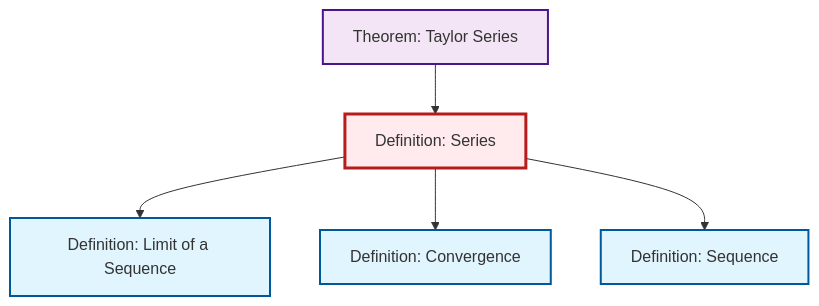
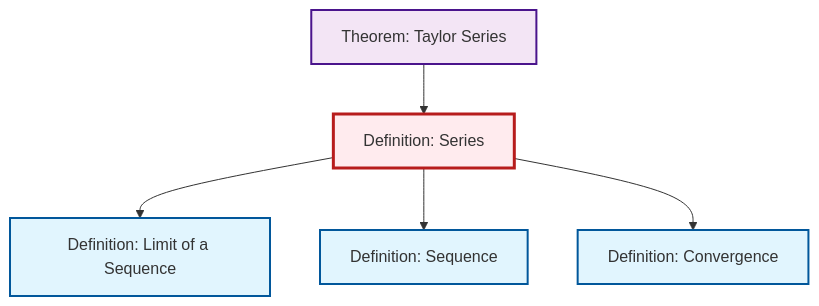
The diagram in content/ja/analysis/def-series.qmd (RK0429/ModernMath), drawn with Mermaid before and after one commit. The commit also changed other lines of this file and 10 other files, not shown here.

````diff
--- a/content/ja/analysis/def-series.qmd
+++ b/content/ja/analysis/def-series.qmd
@@ -91,23 +91,23 @@
 ```{mermaid}
 %%| fig-cap: "Local dependency graph"
 graph TD
     classDef definition fill:#e1f5fe,stroke:#01579b,stroke-width:2px
     classDef theorem fill:#f3e5f5,stroke:#4a148c,stroke-width:2px
     classDef axiom fill:#fff3e0,stroke:#e65100,stroke-width:2px
     classDef example fill:#e8f5e9,stroke:#1b5e20,stroke-width:2px
     classDef current fill:#ffebee,stroke:#b71c1c,stroke-width:3px
+    def-convergence["Definition: Convergence"]:::definition
+    thm-taylor-series["Theorem: Taylor Series"]:::theorem
+    def-series["Definition: Series"]:::definition
     def-sequence["Definition: Sequence"]:::definition
-    def-series["Definition: Series"]:::definition
-    thm-taylor-series["Theorem: Taylor Series"]:::theorem
     def-limit["Definition: Limit of a Sequence"]:::definition
-    def-convergence["Definition: Convergence"]:::definition
     def-series --> def-limit
+    thm-taylor-series --> def-series
+    def-series --> def-sequence
     def-series --> def-convergence
-    def-series --> def-sequence
-    thm-taylor-series --> def-series
     class def-series current
+    click def-convergence "def-convergence.html" "Definition: Convergenceへ"
+    click thm-taylor-series "thm-taylor-series.html" "Theorem: Taylor Seriesへ"
     click def-sequence "def-sequence.html" "Definition: Sequenceへ"
-    click thm-taylor-series "thm-taylor-series.html" "Theorem: Taylor Seriesへ"
     click def-limit "def-limit.html" "Definition: Limit of a Sequenceへ"
-    click def-convergence "def-convergence.html" "Definition: Convergenceへ"
 ```
````
